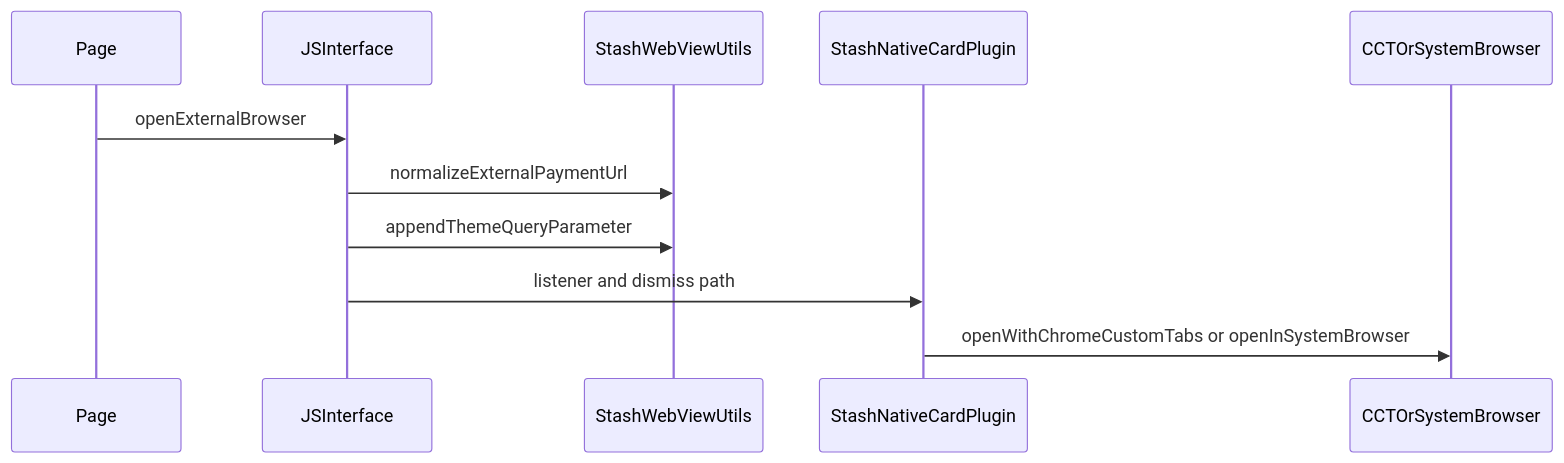
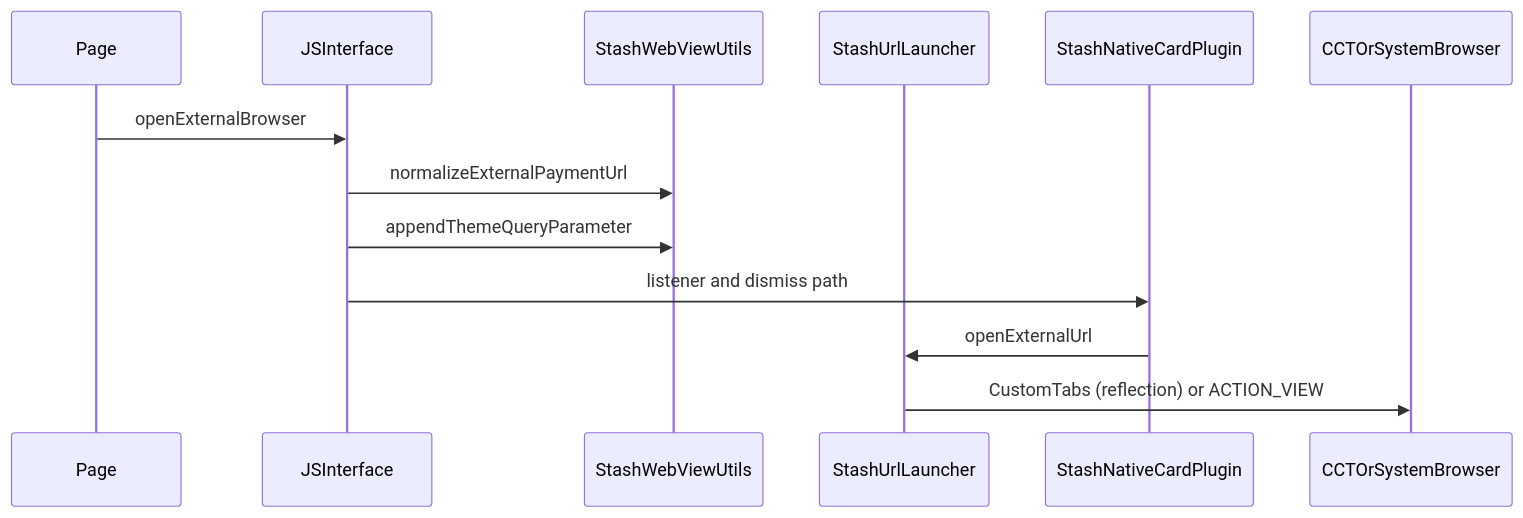
One commit to stashgg/stash-native changed the third of 4 diagrams in docs/android.md. Above: the diagram before and after it, drawn with Mermaid. The commit also changed other lines of this file and 9 other files, not shown here.

````diff
--- a/docs/android.md
+++ b/docs/android.md
@@ -128,14 +133,16 @@
 ```mermaid
 sequenceDiagram
     participant Page as Page
     participant JI as JSInterface
     participant Utils as StashWebViewUtils
+    participant Launcher as StashUrlLauncher
     participant Plugin as StashNativeCardPlugin
     participant Browser as CCTOrSystemBrowser
 
     Page->>JI: openExternalBrowser
     JI->>Utils: normalizeExternalPaymentUrl
     JI->>Utils: appendThemeQueryParameter
     JI->>Plugin: listener and dismiss path
-    Plugin->>Browser: openWithChromeCustomTabs or openInSystemBrowser
+    Plugin->>Launcher: openExternalUrl
+    Launcher->>Browser: CustomTabs (reflection) or ACTION_VIEW
 ```
````
